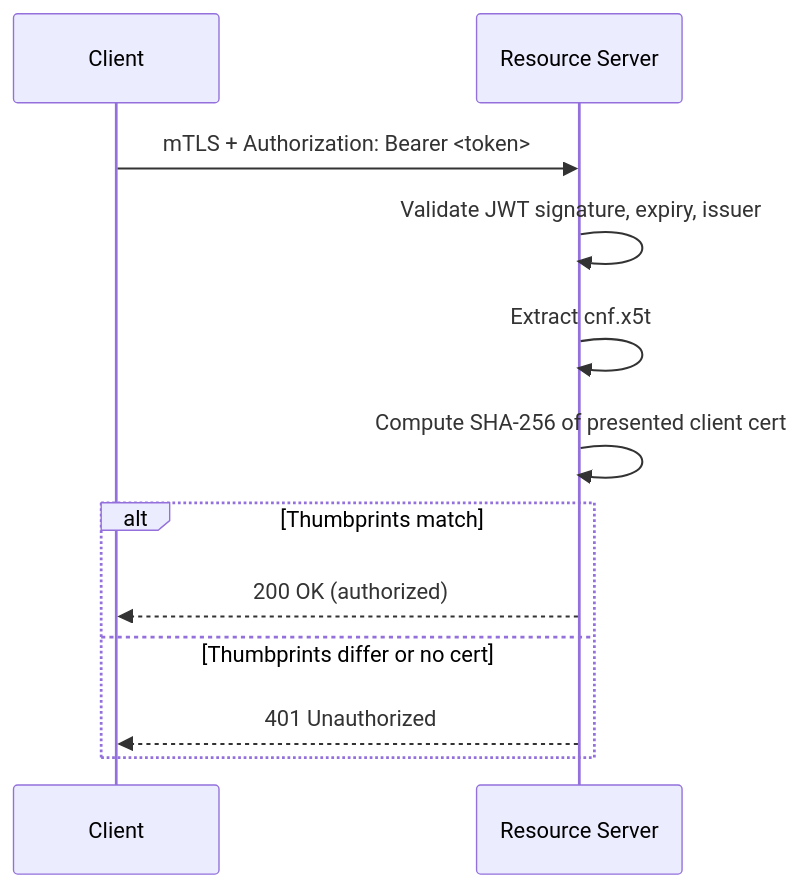
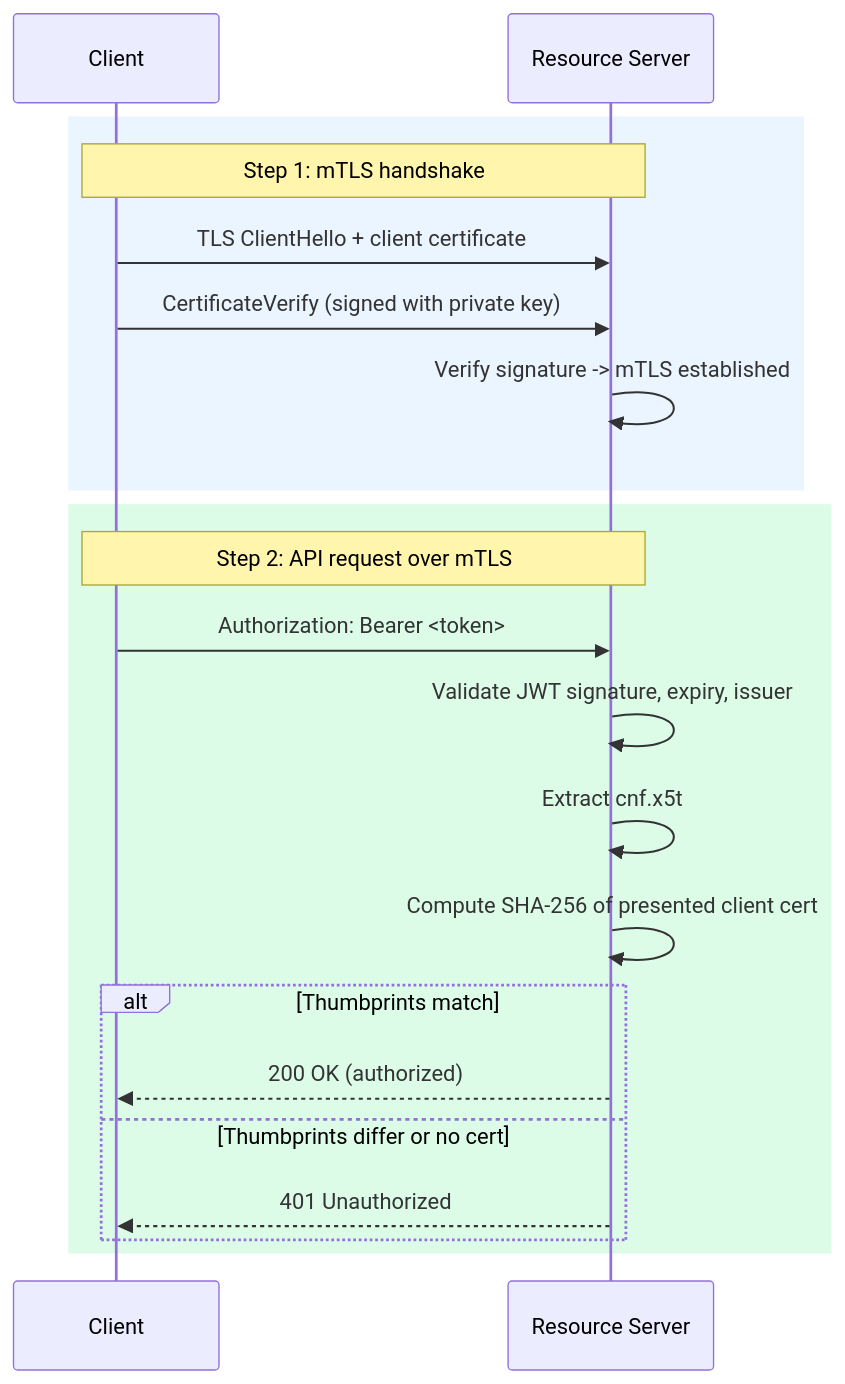
One commit to kse-bd8338bbe006/mtls-demo changed the second of 3 diagrams in README.md. Above: the diagram before and after it, drawn with Mermaid. The commit also changed other lines of this file, not shown here.

First line of the commit message:
readme: fix diagrams to show mTLS handshake then OAuth flow

````diff
--- a/README.md
+++ b/README.md
@@ -34,15 +46,25 @@
 ```mermaid
 sequenceDiagram
     participant C as Client
     participant RS as Resource Server
 
-    C->>RS: mTLS + Authorization: Bearer <token>
+    rect rgb(235, 245, 255)
+    Note over C,RS: Step 1: mTLS handshake
+    C->>RS: TLS ClientHello + client certificate
+    C->>RS: CertificateVerify (signed with private key)
+    RS->>RS: Verify signature -> mTLS established
+    end
+
+    rect rgb(220, 252, 231)
+    Note over C,RS: Step 2: API request over mTLS
+    C->>RS: Authorization: Bearer <token>
     RS->>RS: Validate JWT signature, expiry, issuer
     RS->>RS: Extract cnf.x5t#S256 from token
     RS->>RS: Compute SHA-256 of presented client cert
     alt Thumbprints match
         RS-->>C: 200 OK (authorized)
     else Thumbprints differ or no cert
         RS-->>C: 401 Unauthorized
     end
+    end
 ```
````
